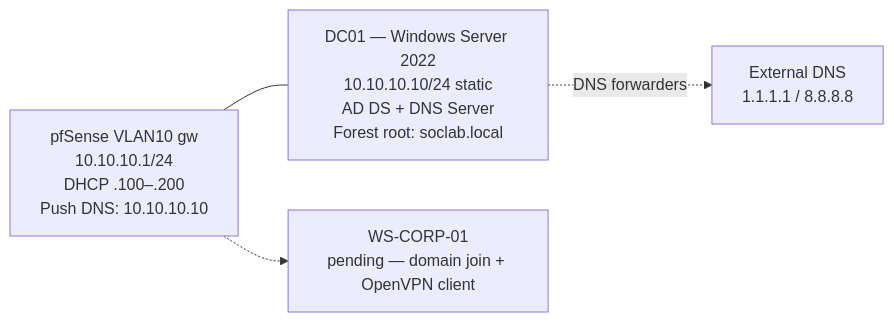
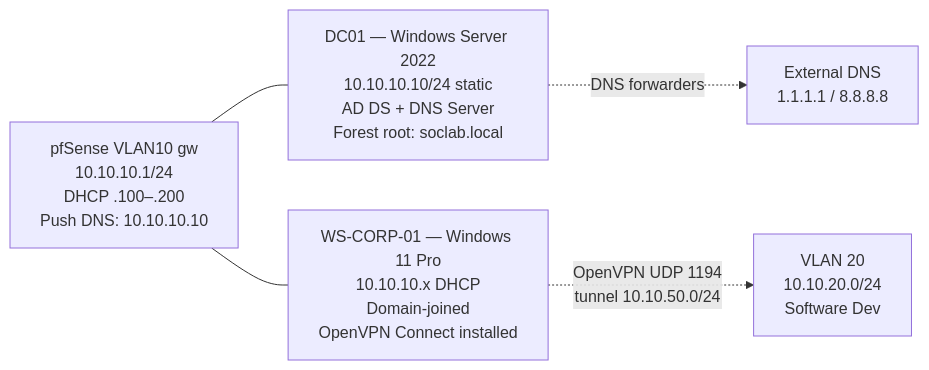
The diagram in docs/01-infrastructure/02-vlan10.md (DanielBandarica02/SOC-HomeLab), drawn with Mermaid before and after one commit. The commit also changed other lines of this file, not shown here.

````diff
--- a/docs/01-infrastructure/02-vlan10.md
+++ b/docs/01-infrastructure/02-vlan10.md
@@ -13,10 +11,12 @@
 ```mermaid
 flowchart LR
     pfsense[pfSense VLAN10 gw<br/>10.10.10.1/24<br/>DHCP .100–.200<br/>Push DNS: 10.10.10.10]
     dc01[DC01 — Windows Server 2022<br/>10.10.10.10/24 static<br/>AD DS + DNS Server<br/>Forest root: soclab.local]
-    wscorp[WS-CORP-01<br/>pending — domain join + OpenVPN client]
+    wscorp[WS-CORP-01 — Windows 11 Pro<br/>10.10.10.x DHCP<br/>Domain-joined<br/>OpenVPN Connect installed]
+    vlan20[VLAN 20<br/>10.10.20.0/24<br/>Software Dev]
     external[External DNS<br/>1.1.1.1 / 8.8.8.8]
     pfsense --- dc01
-    pfsense -.-> wscorp
+    pfsense --- wscorp
+    wscorp -.->|OpenVPN UDP 1194<br/>tunnel 10.10.50.0/24| vlan20
     dc01 -.->|DNS forwarders| external
 ```
````
